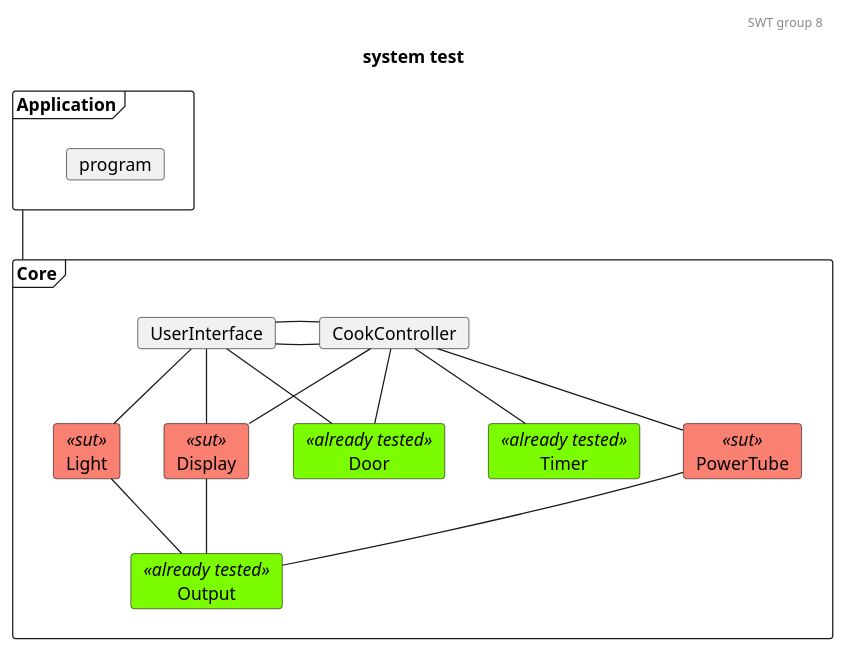
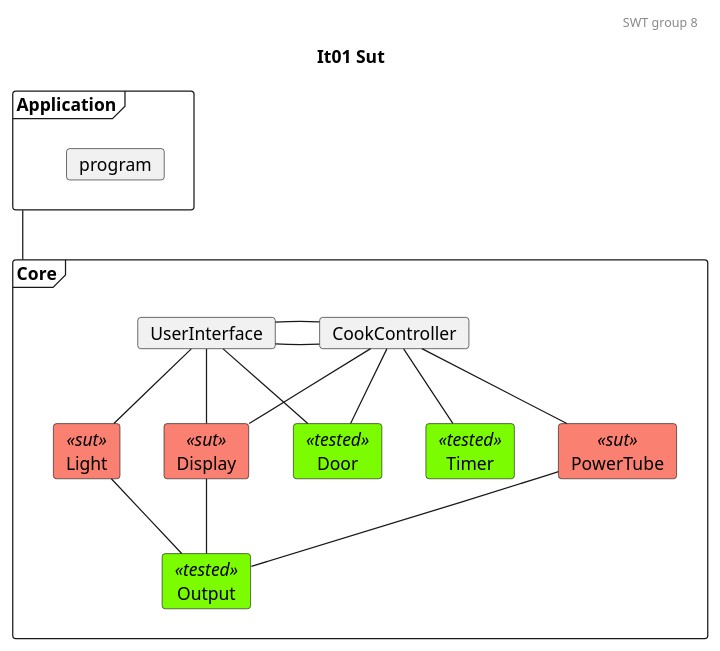
The diagram in docs/SysTestTree1.plantuml (mikkel-ol/I4SWT-MicrowaveOven), drawn with PlantUML before and after one commit. The commit also changed 3 other files, not shown here.

```diff
--- a/docs/SysTestTree1.plantuml
+++ b/docs/SysTestTree1.plantuml
@@ -1,57 +1,57 @@
 @startuml
 
 'Testing colors:
 skinparam card{
-    backgroundColor<<already tested>> lawngreen
+    backgroundColor<<tested>> lawngreen
     backgroundColor<<sut>> salmon
     'backgroundColor<<tested>> gold
 }
 
 header SWT group 8
-title system test
+title It01 Sut
 
 frame Application{
     card program
 }
 
 frame Core{
     card UserInterface
     card CookController 
 
-    card Door<<already tested>>
+    card Door<<tested>>
     card Light<<sut>>
-    card Timer<<already tested>>
+    card Timer<<tested>>
     card PowerTube<<sut>>
     card Display<<sut>>
-    card Output<<already tested>>
+    card Output<<tested>>
 }
 
 'Relations projects
 ' 0. to 1.
 Application -- Core
 
 'Relations CookController:
 '1.
 CookController - UserInterface
 '1. to 2.
 CookController -- Door
 CookController -- Timer
 CookController -- PowerTube
 CookController -- Display
 
 'Relations UserInterface:
 '1.
 UserInterface - CookController
 '1. to 2.
 UserInterface -- Light
 UserInterface -- Door
 UserInterface -- Display
 
 ' Relations 2. to 3.
 Light -- Output
 Display -- Output
 PowerTube -- Output
 
 
 
 @enduml
```
